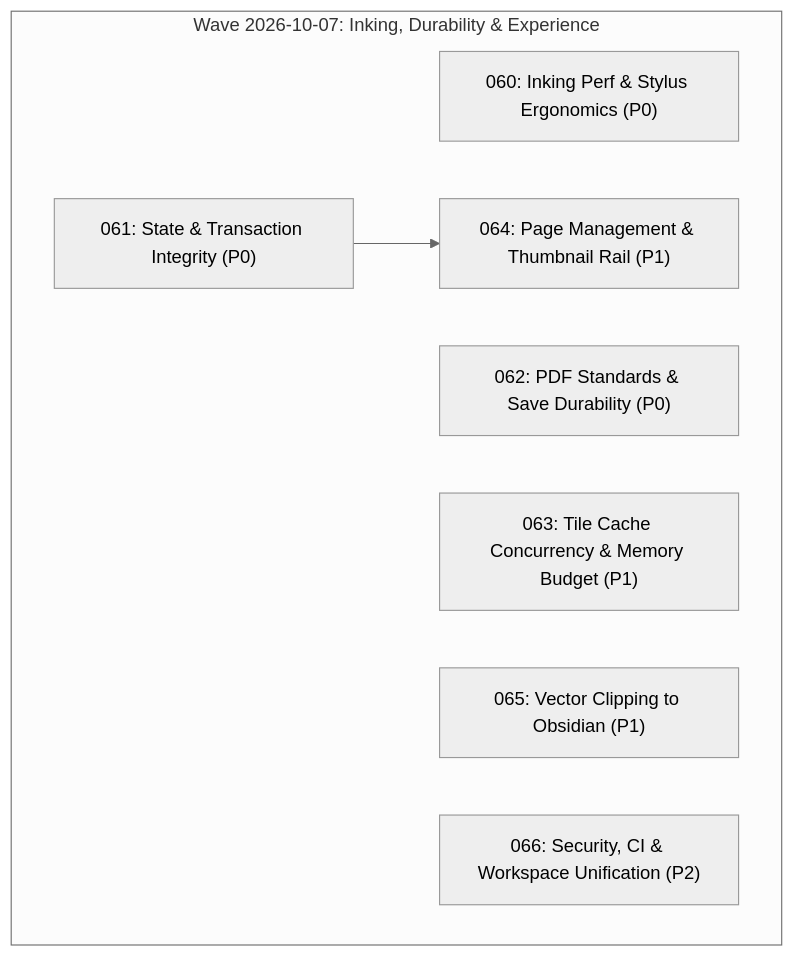
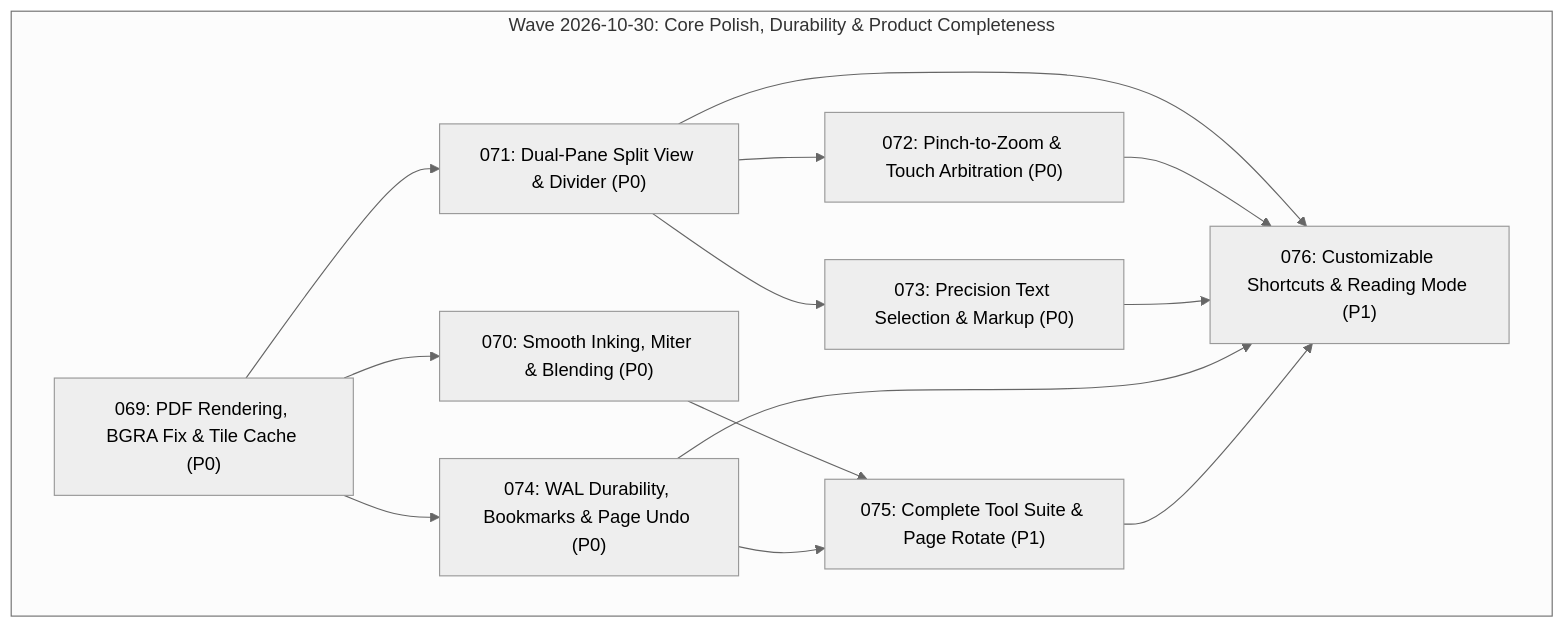
The diagram in plans/README.md (nabilbinsayed/BezierNotes), drawn with Mermaid (neutral theme) before and after one commit. The commit also changed other lines of this file and 67 other files, not shown here.

First line of the commit message:
feat(app): implement deep system polish, tool suite, review drawer & signatures (Plans 067-077)

````diff
--- a/plans/README.md
+++ b/plans/README.md
@@ -92,14 +101,22 @@
 ```mermaid
 flowchart TD
-    subgraph Wave_2026_10_07 ["Wave 2026-10-07: Inking, Durability & Experience"]
-        P060["060: Inking Perf & Stylus Ergonomics (P0)"]
-        P061["061: State & Transaction Integrity (P0)"]
-        P062["062: PDF Standards & Save Durability (P0)"]
-        P063["063: Tile Cache Concurrency & Memory Budget (P1)"]
-        P064["064: Page Management & Thumbnail Rail (P1)"]
-        P065["065: Vector Clipping to Obsidian (P1)"]
-        P066["066: Security, CI & Workspace Unification (P2)"]
+    subgraph Wave_2026_10_30 ["Wave 2026-10-30: Core Polish, Durability & Product Completeness"]
+        P069["069: PDF Rendering, BGRA Fix & Tile Cache (P0)"]
+        P070["070: Smooth Inking, Miter & Blending (P0)"]
+        P071["071: Dual-Pane Split View & Divider (P0)"]
+        P072["072: Pinch-to-Zoom & Touch Arbitration (P0)"]
+        P073["073: Precision Text Selection & Markup (P0)"]
+        P074["074: WAL Durability, Bookmarks & Page Undo (P0)"]
+        P075["075: Complete Tool Suite & Page Rotate (P1)"]
+        P076["076: Customizable Shortcuts & Reading Mode (P1)"]
 
-        P061 --> P064
+        P069 --> P070
+        P069 --> P071
+        P069 --> P074
+        P071 --> P072
+        P071 --> P073
+        P070 --> P075
+        P074 --> P075
+        P071 & P072 & P073 & P074 & P075 --> P076
     end
 ```
````
